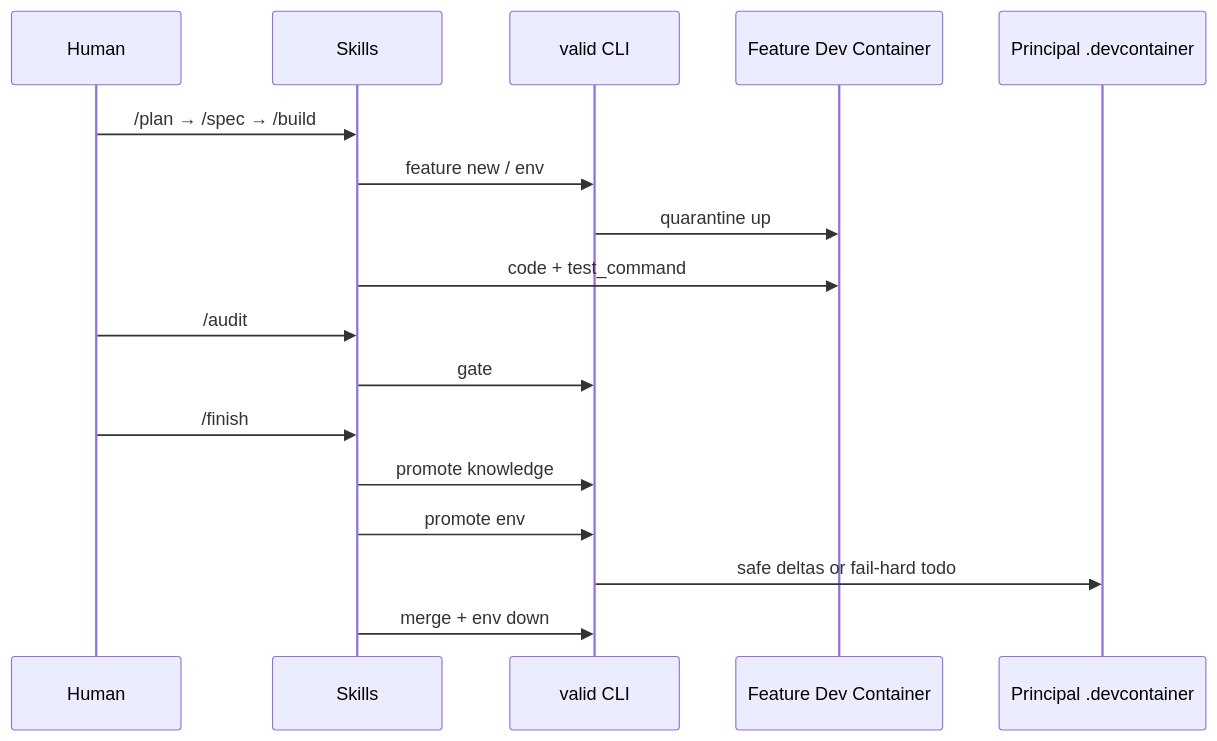
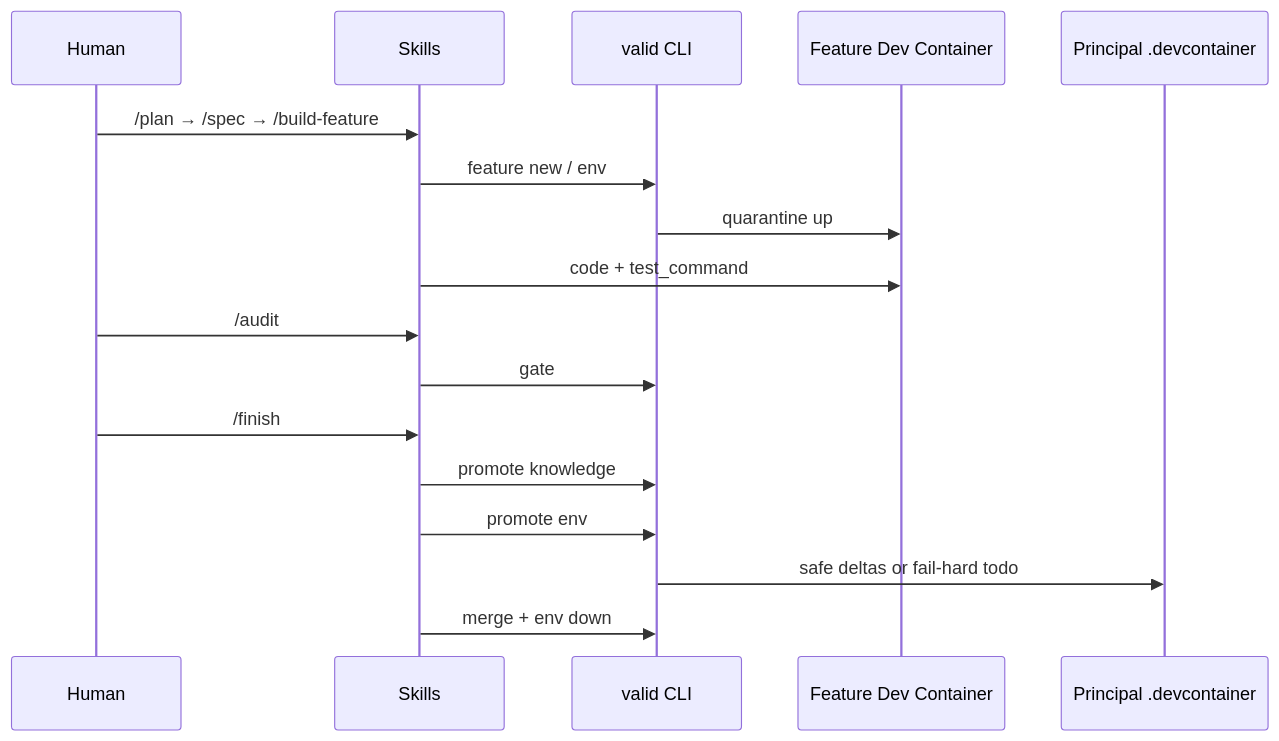
One commit to banken7393/VALID changed the third of 4 diagrams in README.md. Above: the diagram before and after it, drawn with Mermaid. The commit also changed other lines of this file and 31 other files, not shown here.

````diff
--- a/README.md
+++ b/README.md
@@ -549,19 +566,19 @@
 ```mermaid
 sequenceDiagram
   participant H as Human
   participant S as Skills
   participant C as valid CLI
   participant DC as Feature Dev Container
   participant M as Principal .devcontainer
-  H->>S: /plan → /spec → /build
+  H->>S: /plan → /spec → /build-feature
   S->>C: feature new / env
   C->>DC: quarantine up
   S->>DC: code + test_command
   H->>S: /audit
   S->>C: gate
   H->>S: /finish
   S->>C: promote knowledge
   S->>C: promote env
   C->>M: safe deltas or fail-hard todo
   S->>C: merge + env down
 ```
````
